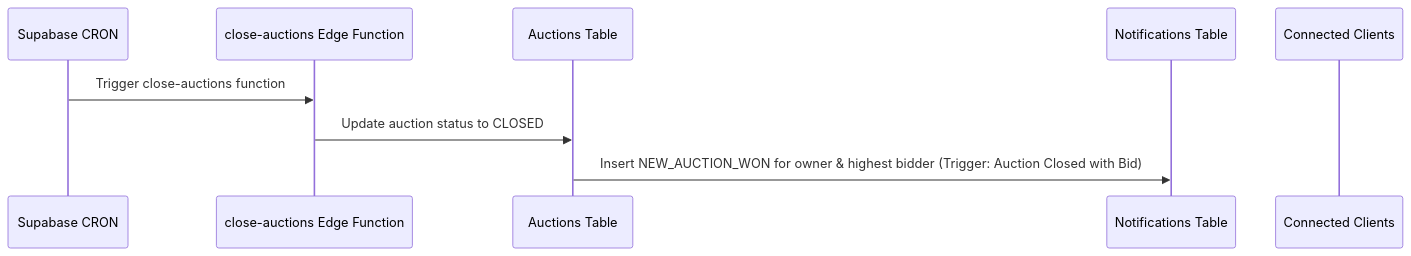
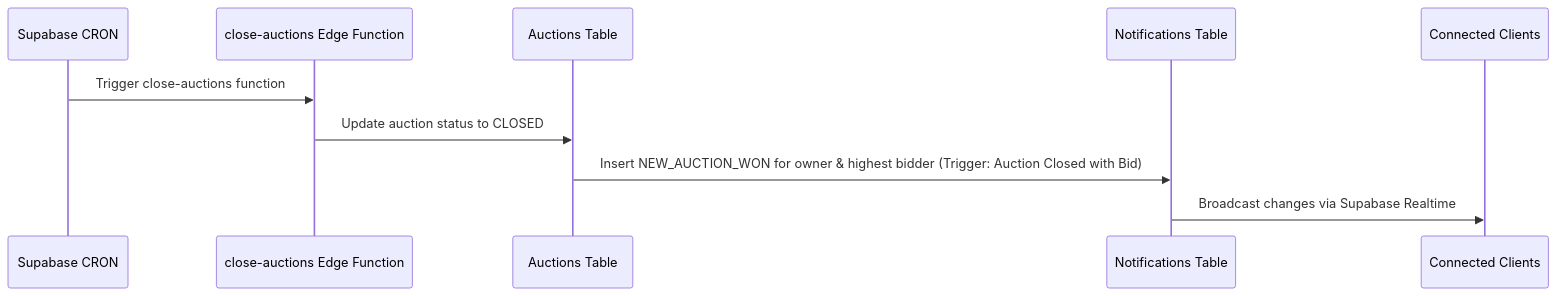
Before and after one commit to ravenmarciano1-debug/Real-time-Auction-platform: the second of 3 diagrams in README.md, drawn with Mermaid. The commit also changed other lines of this file, not shown here.

````diff
--- a/README.md
+++ b/README.md
@@ -127,12 +169,13 @@
 ```mermaid
 sequenceDiagram
     participant CRON as Supabase CRON
     participant Edge as close-auctions Edge Function
     participant Auctions as Auctions Table
     participant Notifications as Notifications Table
     participant Clients as Connected Clients
 
     CRON ->> Edge: Trigger close-auctions function
     Edge ->> Auctions: Update auction status to CLOSED
     Auctions ->> Notifications: Insert NEW_AUCTION_WON for owner & highest bidder (Trigger: Auction Closed with Bid)
+    Notifications ->> Clients: Broadcast changes via Supabase Realtime
 ```
````
